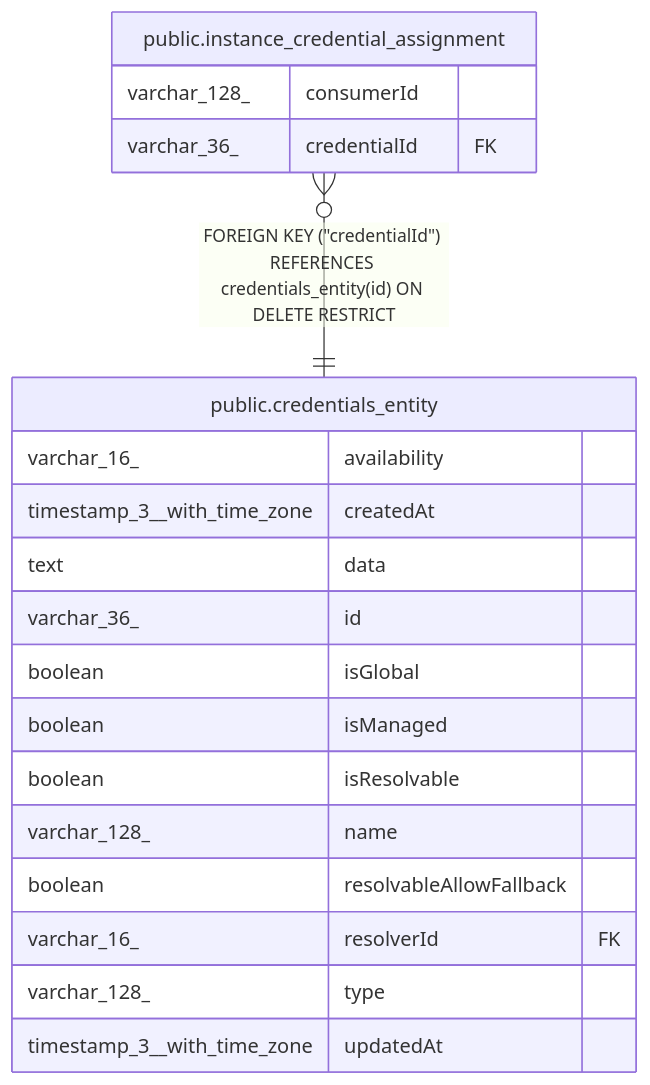
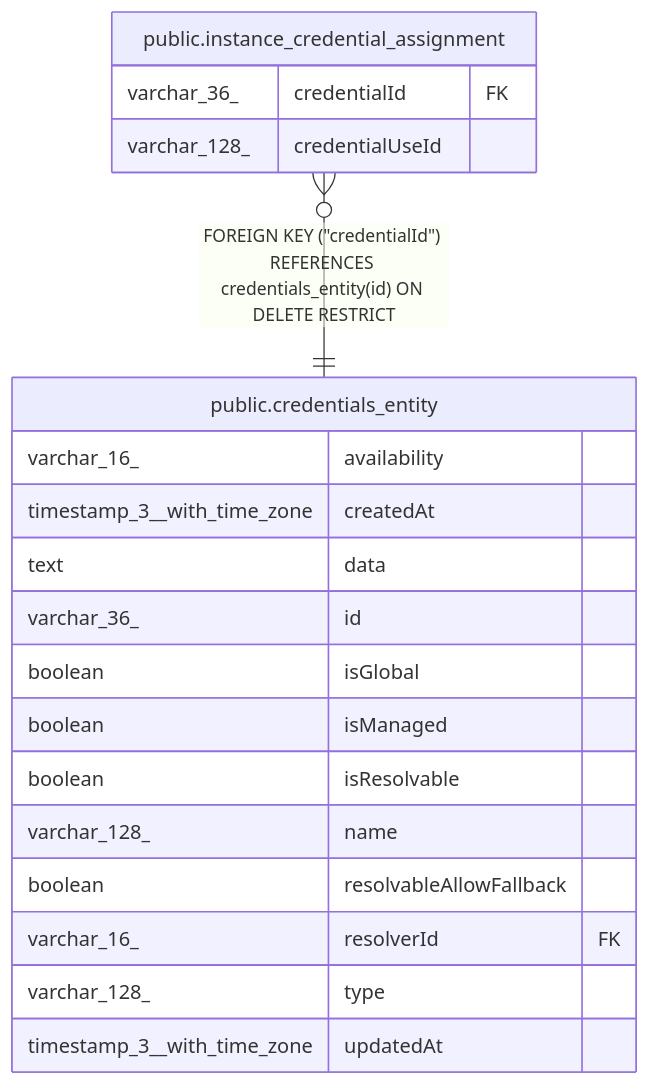
Before and after one commit to mayankjain1815-commits/n8n: the diagram in docs/generated/postgres-schema/public.instance_credential_assignment.md, drawn with Mermaid. The commit also changed other lines of this file and 16 other files, not shown here.

````diff
--- a/docs/generated/postgres-schema/public.instance_credential_assignment.md
+++ b/docs/generated/postgres-schema/public.instance_credential_assignment.md
@@ -28,24 +28,24 @@
 ```mermaid
 erDiagram
 
 "public.instance_credential_assignment" }o--|| "public.credentials_entity" : "FOREIGN KEY (#quot;credentialId#quot;) REFERENCES credentials_entity(id) ON DELETE RESTRICT"
 
 "public.instance_credential_assignment" {
-  varchar_128_ consumerId
   varchar_36_ credentialId FK
+  varchar_128_ credentialUseId
 }
 "public.credentials_entity" {
   varchar_16_ availability
   timestamp_3__with_time_zone createdAt
   text data
   varchar_36_ id
   boolean isGlobal
   boolean isManaged
   boolean isResolvable
   varchar_128_ name
   boolean resolvableAllowFallback
   varchar_16_ resolverId FK
   varchar_128_ type
   timestamp_3__with_time_zone updatedAt
 }
 ```
````
